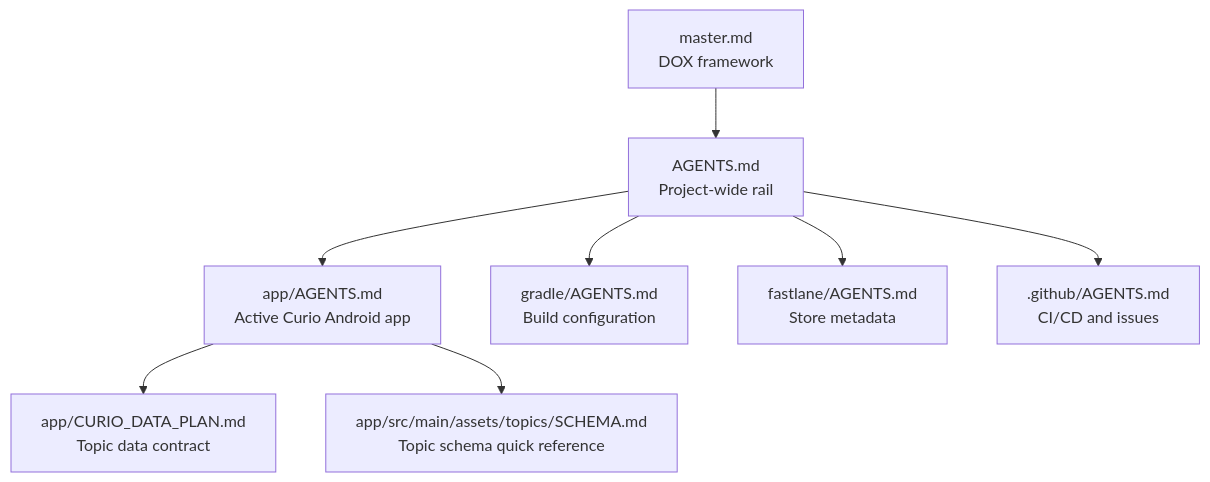
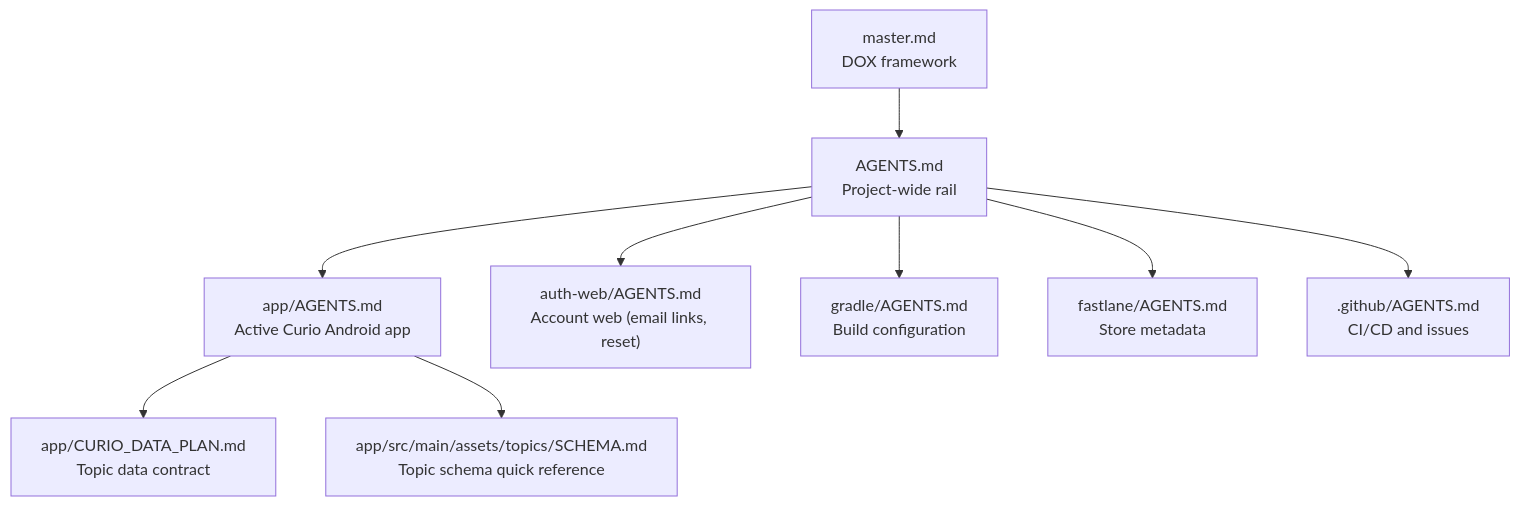
Before and after one commit to firefly-sylestia/Curio: the diagram in docs/DOX_TREE.md, drawn with Mermaid. The commit also changed other lines of this file and 31 other files, not shown here.

First line of the commit message:
feat: add the Curio account site for confirmation, reset and delete emails

````diff
--- a/docs/DOX_TREE.md
+++ b/docs/DOX_TREE.md
@@ -5,11 +5,12 @@
 ```mermaid
 graph TB
     MASTER["master.md\nDOX framework"] --> ROOT["AGENTS.md\nProject-wide rail"]
     ROOT --> APP["app/AGENTS.md\nActive Curio Android app"]
+    ROOT --> AUTHWEB["auth-web/AGENTS.md\nAccount web (email links, reset)"]
     ROOT --> GRADLE["gradle/AGENTS.md\nBuild configuration"]
     ROOT --> FASTLANE["fastlane/AGENTS.md\nStore metadata"]
     ROOT --> GITHUB[".github/AGENTS.md\nCI/CD and issues"]
 
     APP --> DATA["app/CURIO_DATA_PLAN.md\nTopic data contract"]
     APP --> SCHEMA["app/src/main/assets/topics/SCHEMA.md\nTopic schema quick reference"]
 ```
````
